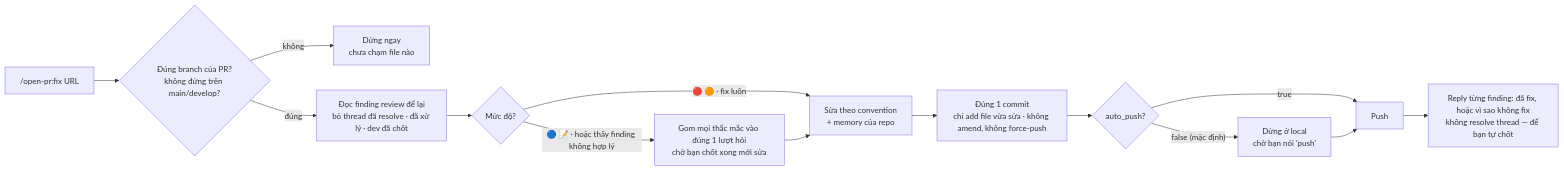
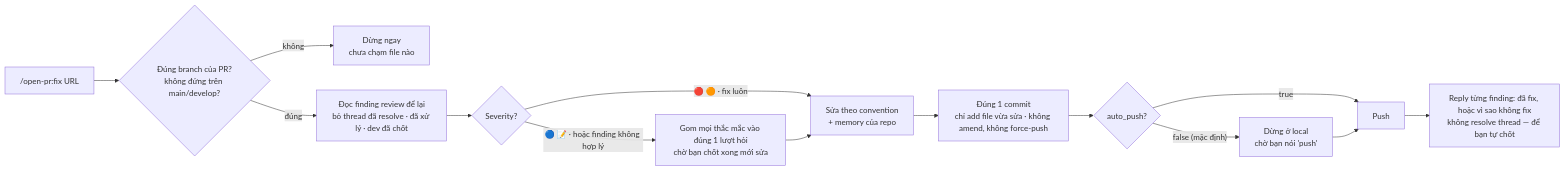
Before and after one commit to TOMOSIA-VIETNAM/open-pr: the second of 2 diagrams in docs/vi/how-it-works.md, drawn with Mermaid. The commit also changed other lines of this file and 24 other files, not shown here.

````diff
--- a/docs/vi/how-it-works.md
+++ b/docs/vi/how-it-works.md
@@ -33,16 +35,16 @@
 ```mermaid
 flowchart LR
   A["/open-pr:fix URL"] --> B{"Đúng branch của PR?<br/>không đứng trên main/develop?"}
   B -- không --> C["Dừng ngay<br/>chưa chạm file nào"]
   B -- đúng --> D["Đọc finding review để lại<br/>bỏ thread đã resolve · đã xử lý · dev đã chốt"]
-  D --> E{Mức độ?}
+  D --> E{Severity?}
   E -- "🔴 🟠 · fix luôn" --> F["Sửa theo convention<br/>+ memory của repo"]
-  E -- "🔵 📝 · hoặc thấy finding không hợp lý" --> G["Gom mọi thắc mắc vào đúng 1 lượt hỏi<br/>chờ bạn chốt xong mới sửa"]
+  E -- "🔵 📝 · hoặc finding không hợp lý" --> G["Gom mọi thắc mắc vào đúng 1 lượt hỏi<br/>chờ bạn chốt xong mới sửa"]
   G --> F
   F --> H["Đúng 1 commit<br/>chỉ add file vừa sửa · không amend, không force-push"]
   H --> I{auto_push?}
   I -- "false (mặc định)" --> J["Dừng ở local<br/>chờ bạn nói 'push'"]
   I -- true --> K[Push]
   J --> K
   K --> L["Reply từng finding: đã fix, hoặc vì sao không fix<br/>không resolve thread — để bạn tự chốt"]
 ```
````
